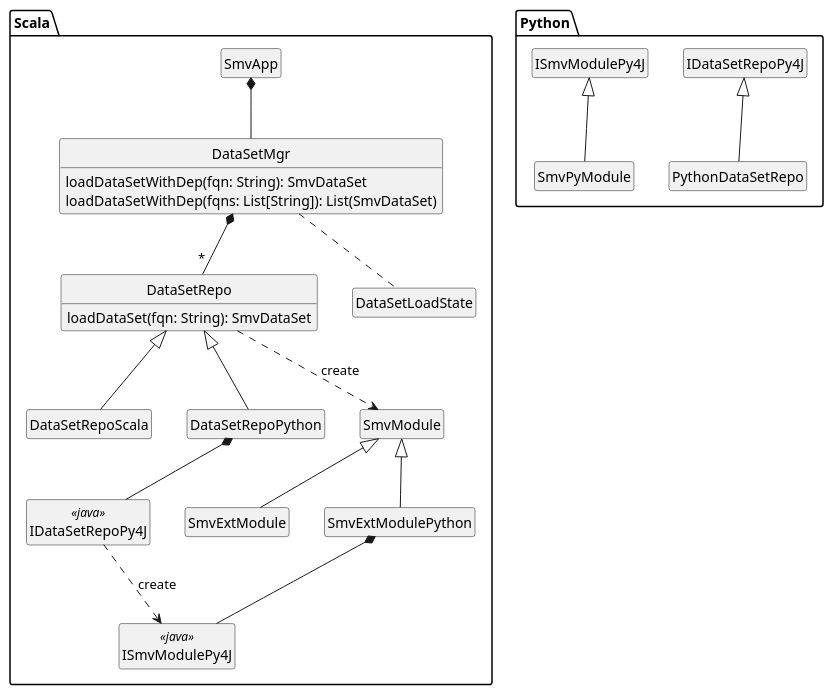
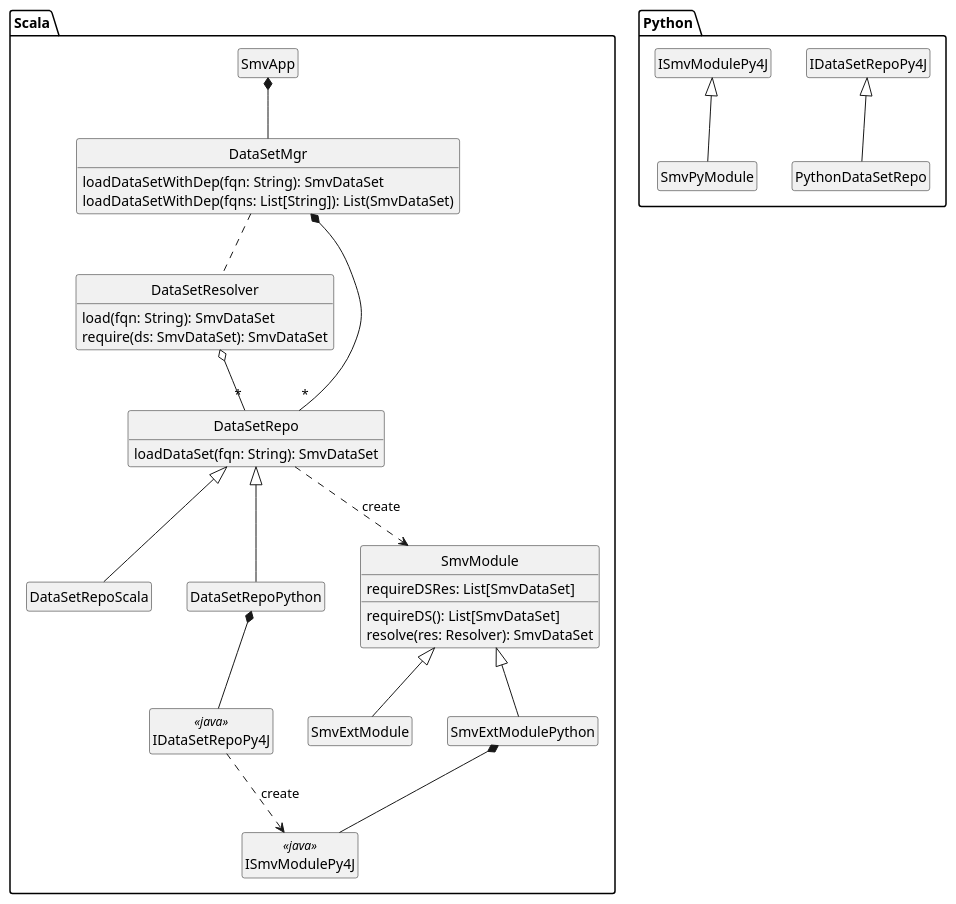
Before and after one commit to TresAmigosSD/SMV: the diagram in docs/design/DataSetMgr/DataSetMgr_class.puml, drawn with PlantUML.

Commit message:
add DataSetResolver to the DataSetMgr class diagram

```diff
--- a/docs/design/DataSetMgr/DataSetMgr_class.puml
+++ b/docs/design/DataSetMgr/DataSetMgr_class.puml
@@ -1,38 +1,47 @@
 @startuml
 
 hide empty methods
 hide empty fields
 hide circle
 
 package Scala {
   class SmvApp
   class DataSetMgr {
     loadDataSetWithDep(fqn: String): SmvDataSet
     loadDataSetWithDep(fqns: List[String]): List(SmvDataSet)
   }
+  class DataSetResolver {
+    load(fqn: String): SmvDataSet
+    require(ds: SmvDataSet): SmvDataSet
+  }
   class DataSetRepo {
     loadDataSet(fqn: String): SmvDataSet
   }
   class DataSetRepoScala extends DataSetRepo
   class DataSetRepoPython extends DataSetRepo
   class IDataSetRepoPy4J <<java>>
-  class SmvModule
+  class SmvModule {
+    requireDS(): List[SmvDataSet]
+    resolve(res: Resolver): SmvDataSet
+    requireDSRes: List[SmvDataSet]
+  }
   class SmvExtModule extends SmvModule
   class SmvExtModulePython extends SmvModule
   class ISmvModulePy4J <<java>>
 
   SmvApp *-- DataSetMgr
-  DataSetMgr .. DataSetLoadState
+  DataSetMgr .. DataSetResolver
   DataSetMgr *-- "*" DataSetRepo
+  DataSetResolver o-- "*"   DataSetRepo
   DataSetRepo ..> SmvModule : "create"
   SmvExtModulePython *-- ISmvModulePy4J
   DataSetRepoPython *-- IDataSetRepoPy4J
   IDataSetRepoPy4J ..> ISmvModulePy4J : "create"
 }
 
 package Python {
   class PythonDataSetRepo extends IDataSetRepoPy4J
   class SmvPyModule extends ISmvModulePy4J
 }
 
 @enduml
```
